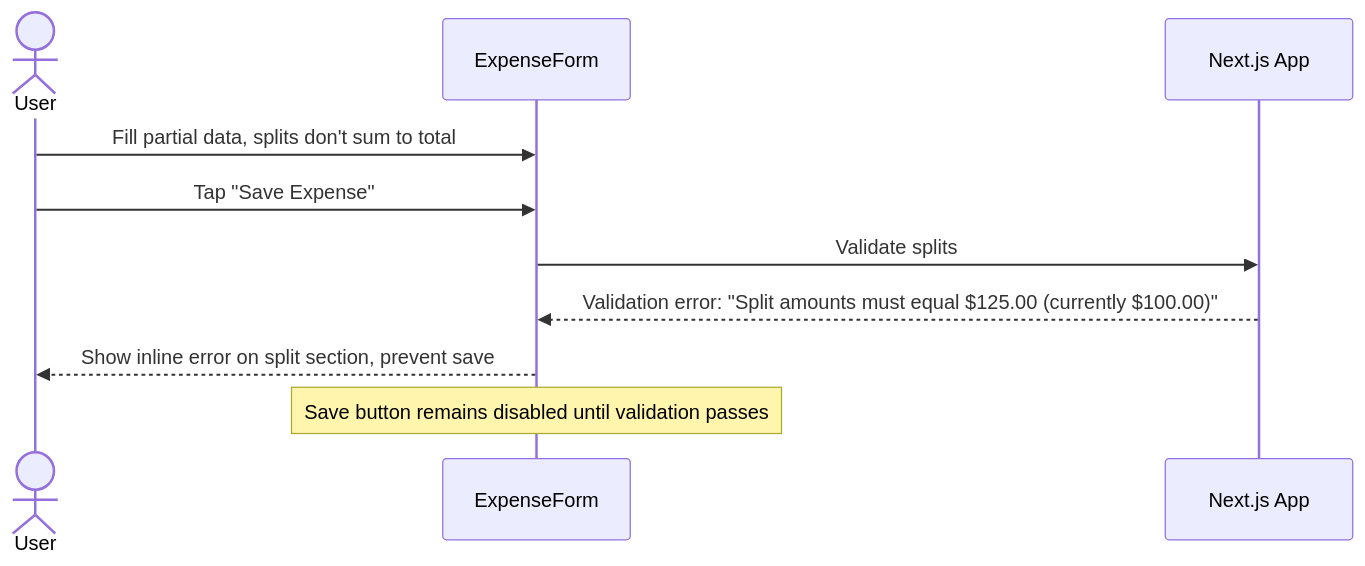
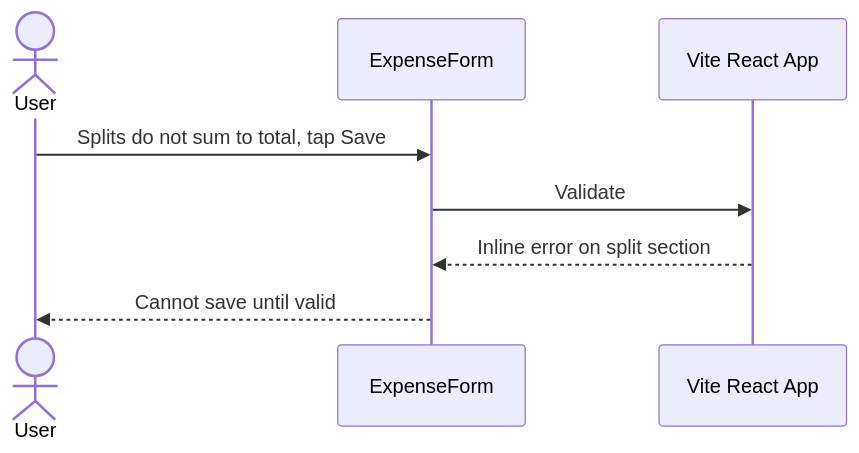
One commit to pushpoth/sharesquare changed the seventh of 9 diagrams in agentdocs/design.md. Above: the diagram before and after it, drawn with Mermaid. The commit also changed other lines of this file and 44 other files, not shown here.

First line of the commit message:
feat: migrate from Next.js to Vite SPA (TASK-001)

````diff
--- a/agentdocs/design.md
+++ b/agentdocs/design.md
@@ -152,13 +170,11 @@
 ```mermaid
 sequenceDiagram
-    actor User
-    participant Form as ExpenseForm
-    participant App as Next.js App
+  actor User
+  participant Form as ExpenseForm
+  participant App as Vite React App
 
-    User->>Form: Fill partial data, splits don't sum to total
-    User->>Form: Tap "Save Expense"
-    Form->>App: Validate splits
-    App-->>Form: Validation error: "Split amounts must equal $125.00 (currently $100.00)"
-    Form-->>User: Show inline error on split section, prevent save
-    Note over Form: Save button remains disabled until validation passes
+  User->>Form: Splits do not sum to total, tap Save
+  Form->>App: Validate
+  App-->>Form: Inline error on split section
+  Form-->>User: Cannot save until valid
 ```
````
